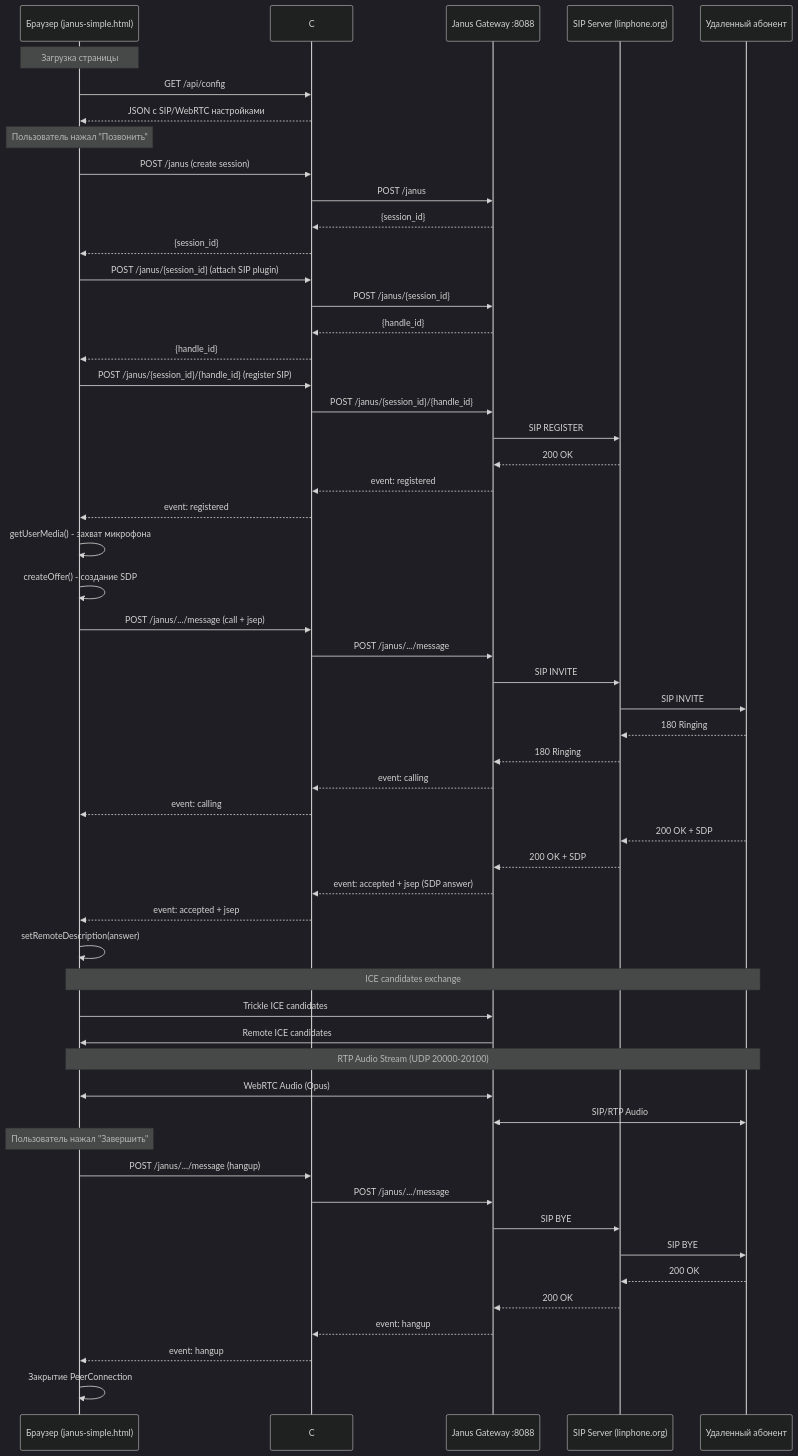
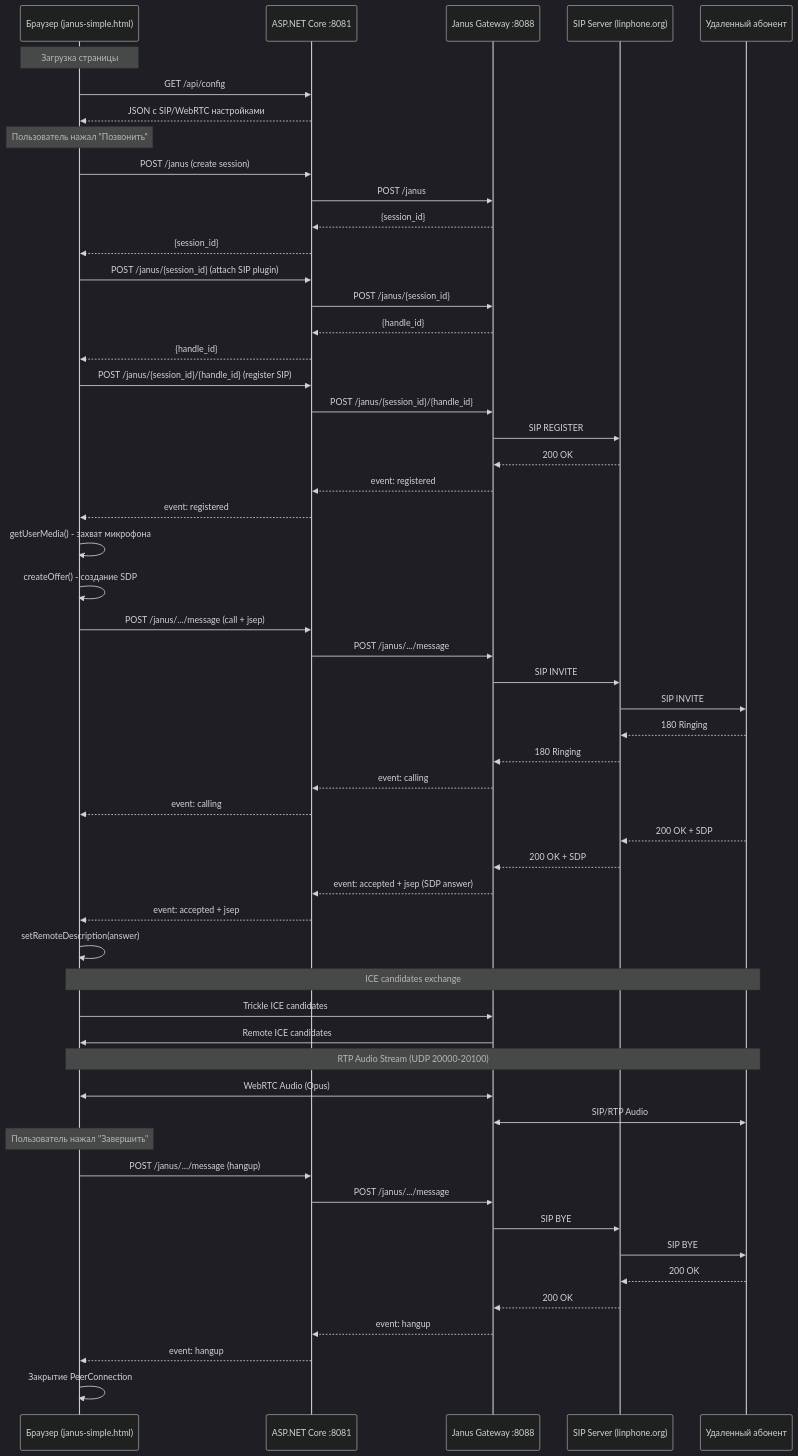
The diagram in README.md (Anton19840712/cutmylifeintopiecesthisismylastresort), drawn with Mermaid (dark theme) before and after one commit.

Commit message:
апывпы

````diff
--- a/README.md
+++ b/README.md
@@ -63,66 +63,66 @@
 ```mermaid
 sequenceDiagram
     participant Browser as Браузер (janus-simple.html)
-    participant CSharp as C# Server :8081
+    participant CSharp as ASP.NET Core :8081
     participant Janus as Janus Gateway :8088
     participant SIP as SIP Server (linphone.org)
     participant Remote as Удаленный абонент
 
     Note over Browser: Загрузка страницы
     Browser->>CSharp: GET /api/config
     CSharp-->>Browser: JSON с SIP/WebRTC настройками
 
     Note over Browser: Пользователь нажал "Позвонить"
     Browser->>CSharp: POST /janus (create session)
     CSharp->>Janus: POST /janus
     Janus-->>CSharp: {session_id}
     CSharp-->>Browser: {session_id}
 
     Browser->>CSharp: POST /janus/{session_id} (attach SIP plugin)
     CSharp->>Janus: POST /janus/{session_id}
     Janus-->>CSharp: {handle_id}
     CSharp-->>Browser: {handle_id}
 
     Browser->>CSharp: POST /janus/{session_id}/{handle_id} (register SIP)
     CSharp->>Janus: POST /janus/{session_id}/{handle_id}
     Janus->>SIP: SIP REGISTER
     SIP-->>Janus: 200 OK
     Janus-->>CSharp: event: registered
     CSharp-->>Browser: event: registered
 
     Browser->>Browser: getUserMedia() - захват микрофона
     Browser->>Browser: createOffer() - создание SDP
     Browser->>CSharp: POST /janus/.../message (call + jsep)
     CSharp->>Janus: POST /janus/.../message
     Janus->>SIP: SIP INVITE
     SIP->>Remote: SIP INVITE
     Remote-->>SIP: 180 Ringing
     SIP-->>Janus: 180 Ringing
     Janus-->>CSharp: event: calling
     CSharp-->>Browser: event: calling
 
     Remote-->>SIP: 200 OK + SDP
     SIP-->>Janus: 200 OK + SDP
     Janus-->>CSharp: event: accepted + jsep (SDP answer)
     CSharp-->>Browser: event: accepted + jsep
     Browser->>Browser: setRemoteDescription(answer)
 
     Note over Browser,Remote: ICE candidates exchange
     Browser->>Janus: Trickle ICE candidates
     Janus->>Browser: Remote ICE candidates
 
     Note over Browser,Remote: RTP Audio Stream (UDP 20000-20100)
     Browser<<->>Janus: WebRTC Audio (Opus)
     Janus<<->>Remote: SIP/RTP Audio
 
     Note over Browser: Пользователь нажал "Завершить"
     Browser->>CSharp: POST /janus/.../message (hangup)
     CSharp->>Janus: POST /janus/.../message
     Janus->>SIP: SIP BYE
     SIP->>Remote: SIP BYE
     Remote-->>SIP: 200 OK
     SIP-->>Janus: 200 OK
     Janus-->>CSharp: event: hangup
     CSharp-->>Browser: event: hangup
     Browser->>Browser: Закрытие PeerConnection
 ```
````
